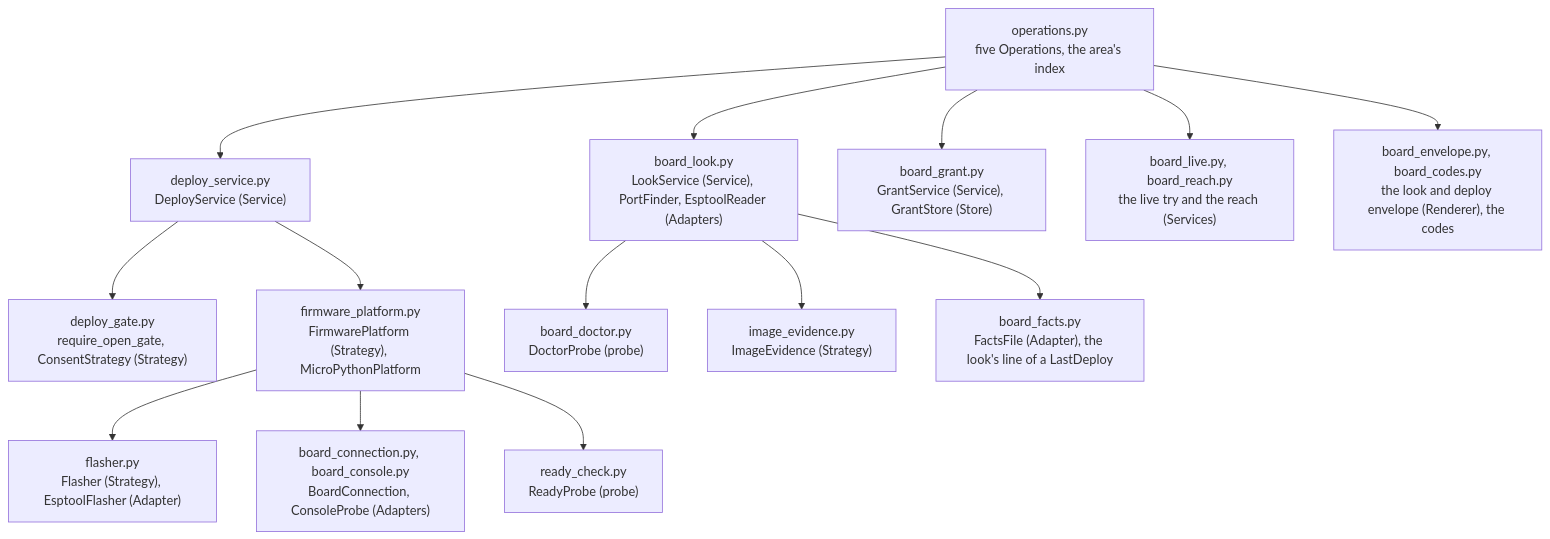
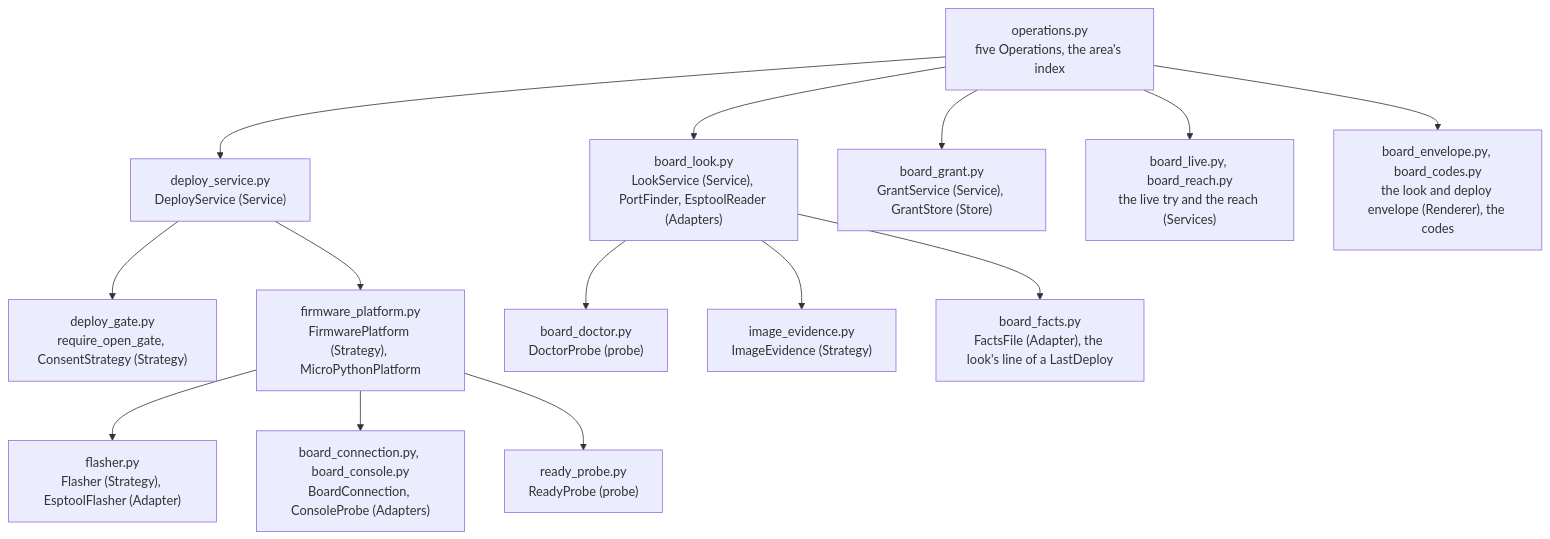
The third of 6 diagrams in docs/discovery/2026-10-19-p323-target-architecture/architecture/refactor-plan.md (xmejkal/spark), drawn with Mermaid before and after one commit. The commit also changed other lines of this file and 19 other files, not shown here.

````diff
--- a/docs/discovery/2026-10-19-p323-target-architecture/architecture/refactor-plan.md
+++ b/docs/discovery/2026-10-19-p323-target-architecture/architecture/refactor-plan.md
@@ -100,17 +101,17 @@
 ```mermaid
 flowchart TB
   OPS["operations.py<br/>five Operations, the area's index"]
   OPS --> LOOK["board_look.py<br/>LookService (Service), PortFinder, EsptoolReader (Adapters)"]
   OPS --> DEP["deploy_service.py<br/>DeployService (Service)"]
   OPS --> GRANT["board_grant.py<br/>GrantService (Service), GrantStore (Store)"]
   OPS --> LIVE["board_live.py, board_reach.py<br/>the live try and the reach (Services)"]
   DEP --> GATE["deploy_gate.py<br/>require_open_gate, ConsentStrategy (Strategy)"]
   DEP --> PLAT["firmware_platform.py<br/>FirmwarePlatform (Strategy), MicroPythonPlatform"]
   PLAT --> FL["flasher.py<br/>Flasher (Strategy), EsptoolFlasher (Adapter)"]
   PLAT --> CONN["board_connection.py, board_console.py<br/>BoardConnection, ConsoleProbe (Adapters)"]
-  PLAT --> READY["ready_check.py<br/>ReadyProbe (probe)"]
+  PLAT --> READY["ready_probe.py<br/>ReadyProbe (probe)"]
   LOOK --> DOC["board_doctor.py<br/>DoctorProbe (probe)"]
   LOOK --> EV["image_evidence.py<br/>ImageEvidence (Strategy)"]
   OPS --> ENV["board_envelope.py, board_codes.py<br/>the look and deploy envelope (Renderer), the codes"]
   LOOK --> FACTS["board_facts.py<br/>FactsFile (Adapter), the look's line of a LastDeploy"]
 ```
````
